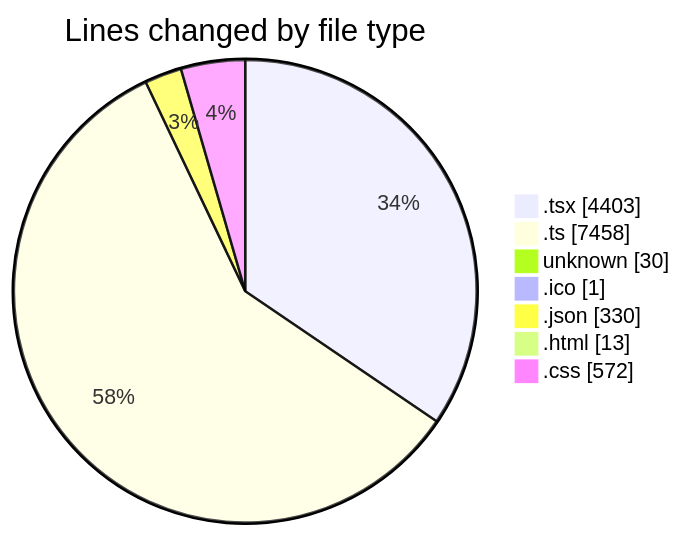
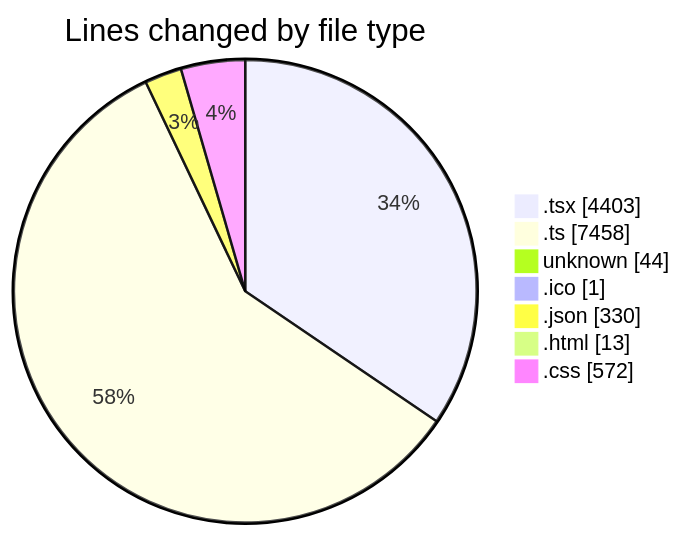
The first of 2 diagrams in 2025-06-20/modeljsondesigner/README.md (JenPaints/code-tracking), drawn with Mermaid before and after one commit. The commit also changed other lines of this file and 1 other file, not shown here.

````diff
--- a/2025-06-20/modeljsondesigner/README.md
+++ b/2025-06-20/modeljsondesigner/README.md
@@ -43,11 +43,11 @@
 ```mermaid
 pie showData
 title Lines changed by file type
 ".tsx" : 4403
 ".ts" : 7458
-"unknown" : 30
+"unknown" : 44
 ".ico" : 1
 ".json" : 330
 ".html" : 13
 ".css" : 572
 ```
````
